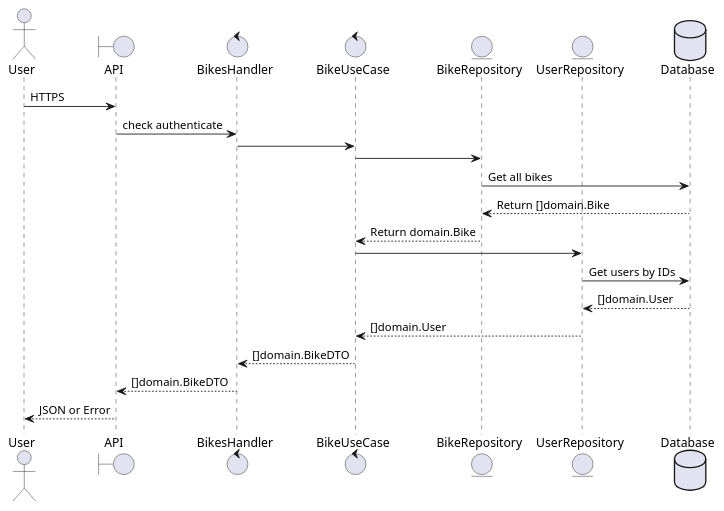
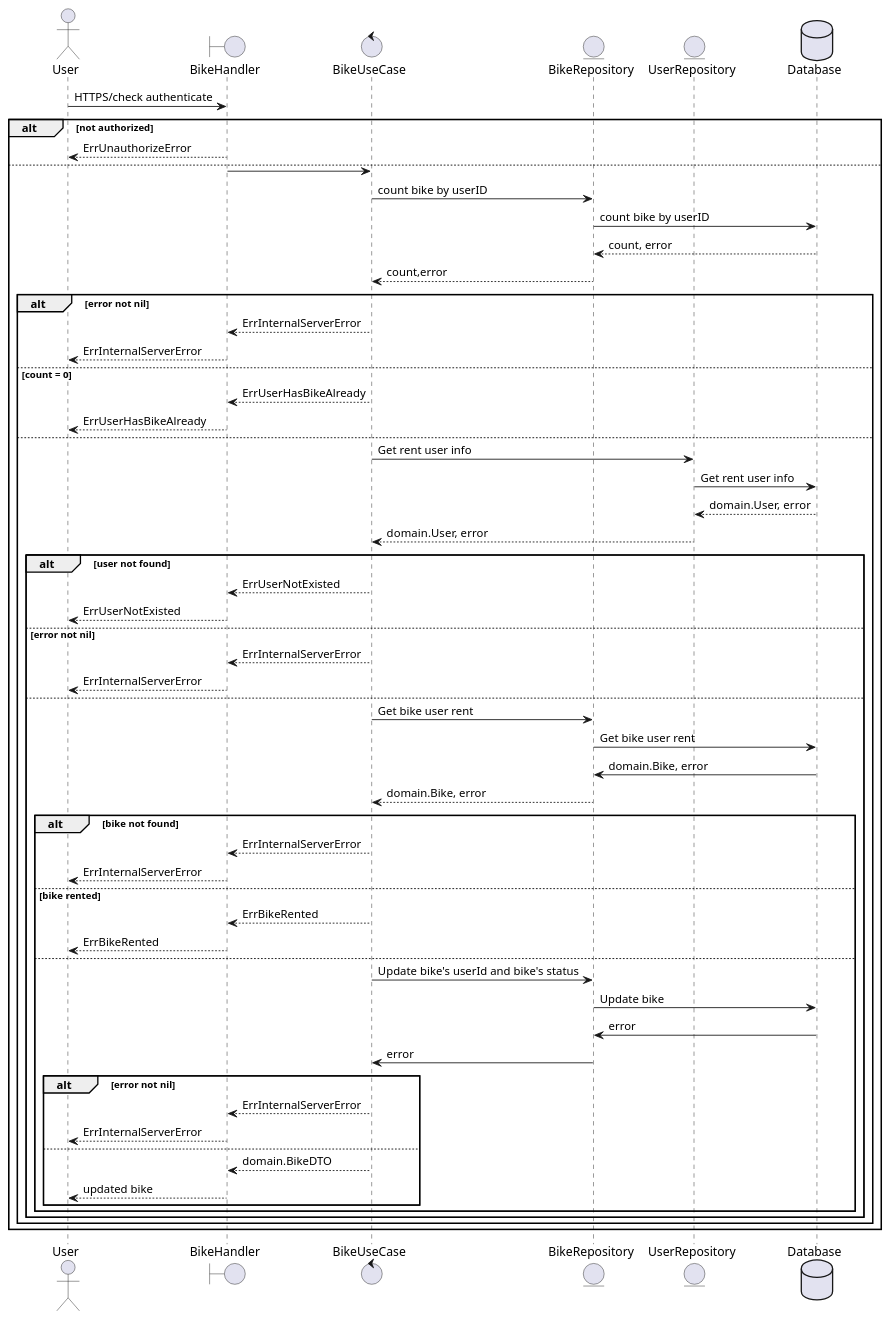
Before and after one commit to duong-se/shared-bike: the diagram in README.md, drawn with PlantUML. The commit also changed other lines of this file and 2 other files, not shown here.

````diff
--- a/README.md
+++ b/README.md
@@ -43,25 +112,61 @@
-    ```uml
-    @startuml
-    actor       User
-    boundary    API
-    control     BikesHandler
-    control     BikeUseCase
-    entity      BikeRepository
-    entity      UserRepository
-    database    Database
-    User -> API : HTTPS
-    API -> BikesHandler : check authenticate
-    BikesHandler -> BikeUseCase
-    BikeUseCase -> BikeRepository
-    BikeRepository -> Database : Get all bikes
-    BikeRepository <-- Database : Return []domain.Bike
-    BikeUseCase <-- BikeRepository : Return domain.Bike
-    BikeUseCase -> UserRepository
-    UserRepository -> Database : Get users by IDs
-    UserRepository <-- Database : []domain.User
-    BikeUseCase <-- UserRepository : []domain.User
-    BikesHandler <-- BikeUseCase: []domain.BikeDTO
-    API <-- BikesHandler: []domain.BikeDTO
-    User <-- API : JSON or Error
-    @enduml
-    ```
+      @startuml
+      actor       User
+      boundary    BikeHandler
+      control     BikeUseCase
+      entity      BikeRepository
+      entity      UserRepository
+      database    Database
+      User -> BikeHandler : HTTPS/check authenticate
+      alt not authorized
+        BikeHandler --> User: ErrUnauthorizeError
+      else
+        BikeHandler -> BikeUseCase
+        BikeUseCase -> BikeRepository: count bike by userID
+        BikeRepository -> Database: count bike by userID
+        Database --> BikeRepository: count, error
+        BikeRepository --> BikeUseCase: count,error
+        alt error not nil
+          BikeUseCase --> BikeHandler: ErrInternalServerError
+          BikeHandler --> User: ErrInternalServerError
+        else count = 0
+          BikeUseCase --> BikeHandler: ErrUserHasBikeAlready
+          BikeHandler --> User: ErrUserHasBikeAlready
+        else
+          BikeUseCase -> UserRepository: Get rent user info
+          UserRepository -> Database: Get rent user info
+          Database --> UserRepository: domain.User, error
+          UserRepository --> BikeUseCase: domain.User, error
+          alt user not found
+            BikeUseCase --> BikeHandler: ErrUserNotExisted
+            BikeHandler --> User: ErrUserNotExisted
+          else error not nil
+            BikeUseCase --> BikeHandler: ErrInternalServerError
+            BikeHandler --> User: ErrInternalServerError
+          else
+            BikeUseCase -> BikeRepository: Get bike user rent
+            BikeRepository -> Database: Get bike user rent
+            Database -> BikeRepository: domain.Bike, error
+            BikeRepository --> BikeUseCase: domain.Bike, error
+            alt bike not found
+              BikeUseCase --> BikeHandler: ErrInternalServerError
+              BikeHandler --> User: ErrInternalServerError
+            else bike rented
+              BikeUseCase --> BikeHandler: ErrBikeRented
+              BikeHandler --> User: ErrBikeRented
+            else
+              BikeUseCase -> BikeRepository: Update bike's userId and bike's status
+              BikeRepository -> Database: Update bike
+              Database -> BikeRepository: error
+              BikeRepository -> BikeUseCase: error
+              alt error not nil
+                BikeUseCase --> BikeHandler: ErrInternalServerError
+                BikeHandler --> User: ErrInternalServerError
+              else
+                BikeUseCase --> BikeHandler: domain.BikeDTO
+                BikeHandler --> User: updated bike
+              end
+            end
+          end
+        end
+      end
+      @enduml
````
